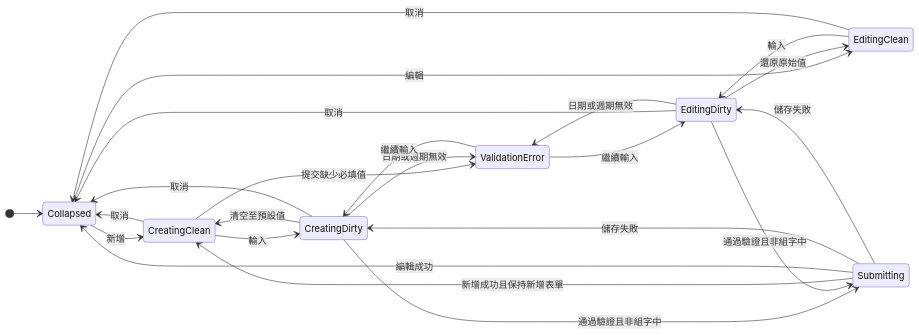
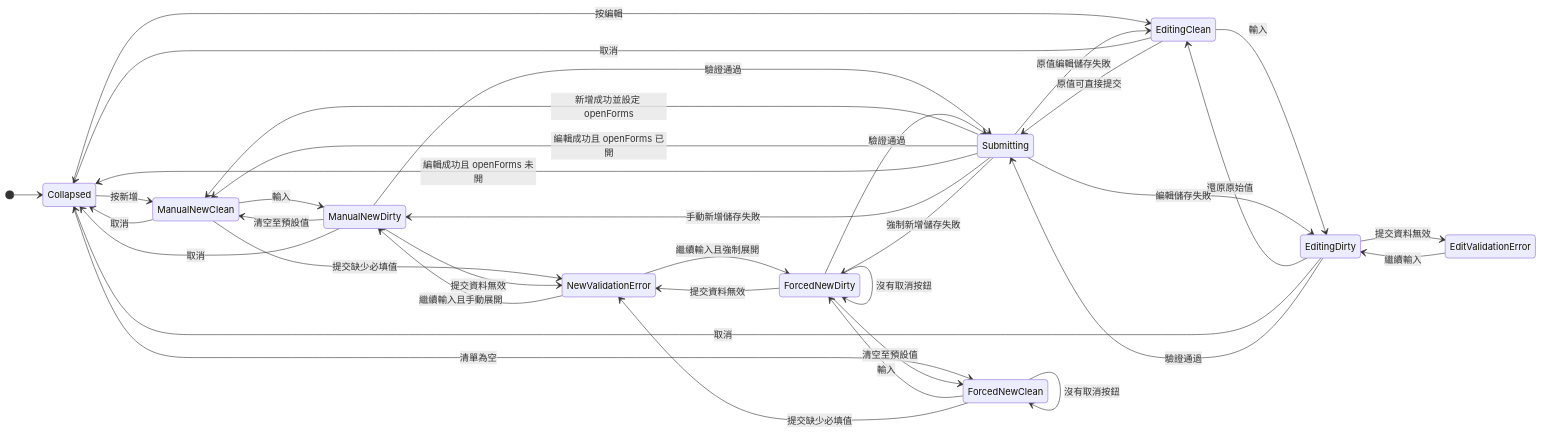
The fifth of 15 diagrams in docs/state-machine.md (Ansenchen123/factory-manager-portable), drawn with Mermaid before and after one commit. The commit also changed other lines of this file, not shown here.

````diff
--- a/docs/state-machine.md
+++ b/docs/state-machine.md
@@ -194,29 +210,44 @@
 ```mermaid
 stateDiagram-v2
     direction LR
 
     [*] --> Collapsed
-    Collapsed --> CreatingClean: 新增
-    Collapsed --> EditingClean: 編輯
-    CreatingClean --> CreatingDirty: 輸入
+    Collapsed --> ManualNewClean: 按新增
+    Collapsed --> ForcedNewClean: 清單為空
+    Collapsed --> EditingClean: 按編輯
+
+    ManualNewClean --> ManualNewDirty: 輸入
+    ForcedNewClean --> ForcedNewDirty: 輸入
     EditingClean --> EditingDirty: 輸入
-    CreatingDirty --> CreatingClean: 清空至預設值
+    ManualNewDirty --> ManualNewClean: 清空至預設值
+    ForcedNewDirty --> ForcedNewClean: 清空至預設值
     EditingDirty --> EditingClean: 還原原始值
-    CreatingClean --> Collapsed: 取消
-    CreatingDirty --> Collapsed: 取消
+
+    ManualNewClean --> Collapsed: 取消
+    ManualNewDirty --> Collapsed: 取消
     EditingClean --> Collapsed: 取消
     EditingDirty --> Collapsed: 取消
+    ForcedNewClean --> ForcedNewClean: 沒有取消按鈕
+    ForcedNewDirty --> ForcedNewDirty: 沒有取消按鈕
 
-    CreatingClean --> ValidationError: 提交缺少必填值
-    CreatingDirty --> ValidationError: 日期或週期無效
-    EditingDirty --> ValidationError: 日期或週期無效
-    ValidationError --> CreatingDirty: 繼續輸入
-    ValidationError --> EditingDirty: 繼續輸入
+    ManualNewClean --> NewValidationError: 提交缺少必填值
+    ManualNewDirty --> NewValidationError: 提交資料無效
+    ForcedNewClean --> NewValidationError: 提交缺少必填值
+    ForcedNewDirty --> NewValidationError: 提交資料無效
+    EditingDirty --> EditValidationError: 提交資料無效
+    NewValidationError --> ManualNewDirty: 繼續輸入且手動展開
+    NewValidationError --> ForcedNewDirty: 繼續輸入且強制展開
+    EditValidationError --> EditingDirty: 繼續輸入
 
-    CreatingDirty --> Submitting: 通過驗證且非組字中
-    EditingDirty --> Submitting: 通過驗證且非組字中
-    Submitting --> CreatingClean: 新增成功且保持新增表單
-    Submitting --> Collapsed: 編輯成功
-    Submitting --> CreatingDirty: 儲存失敗
-    Submitting --> EditingDirty: 儲存失敗
+    ManualNewDirty --> Submitting: 驗證通過
+    ForcedNewDirty --> Submitting: 驗證通過
+    EditingClean --> Submitting: 原值可直接提交
+    EditingDirty --> Submitting: 驗證通過
+    Submitting --> ManualNewClean: 新增成功並設定 openForms
+    Submitting --> ManualNewClean: 編輯成功且 openForms 已開
+    Submitting --> Collapsed: 編輯成功且 openForms 未開
+    Submitting --> ManualNewDirty: 手動新增儲存失敗
+    Submitting --> ForcedNewDirty: 強制新增儲存失敗
+    Submitting --> EditingClean: 原值編輯儲存失敗
+    Submitting --> EditingDirty: 編輯儲存失敗
 ```
````
